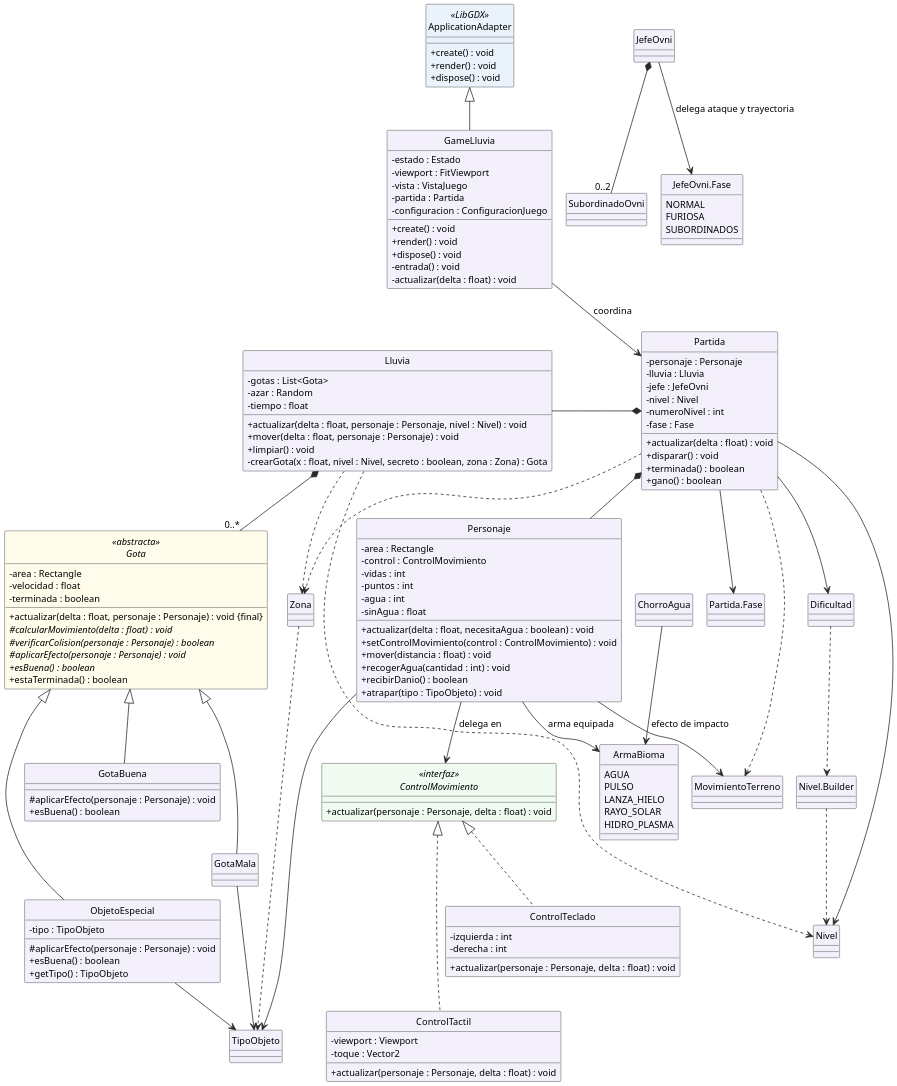
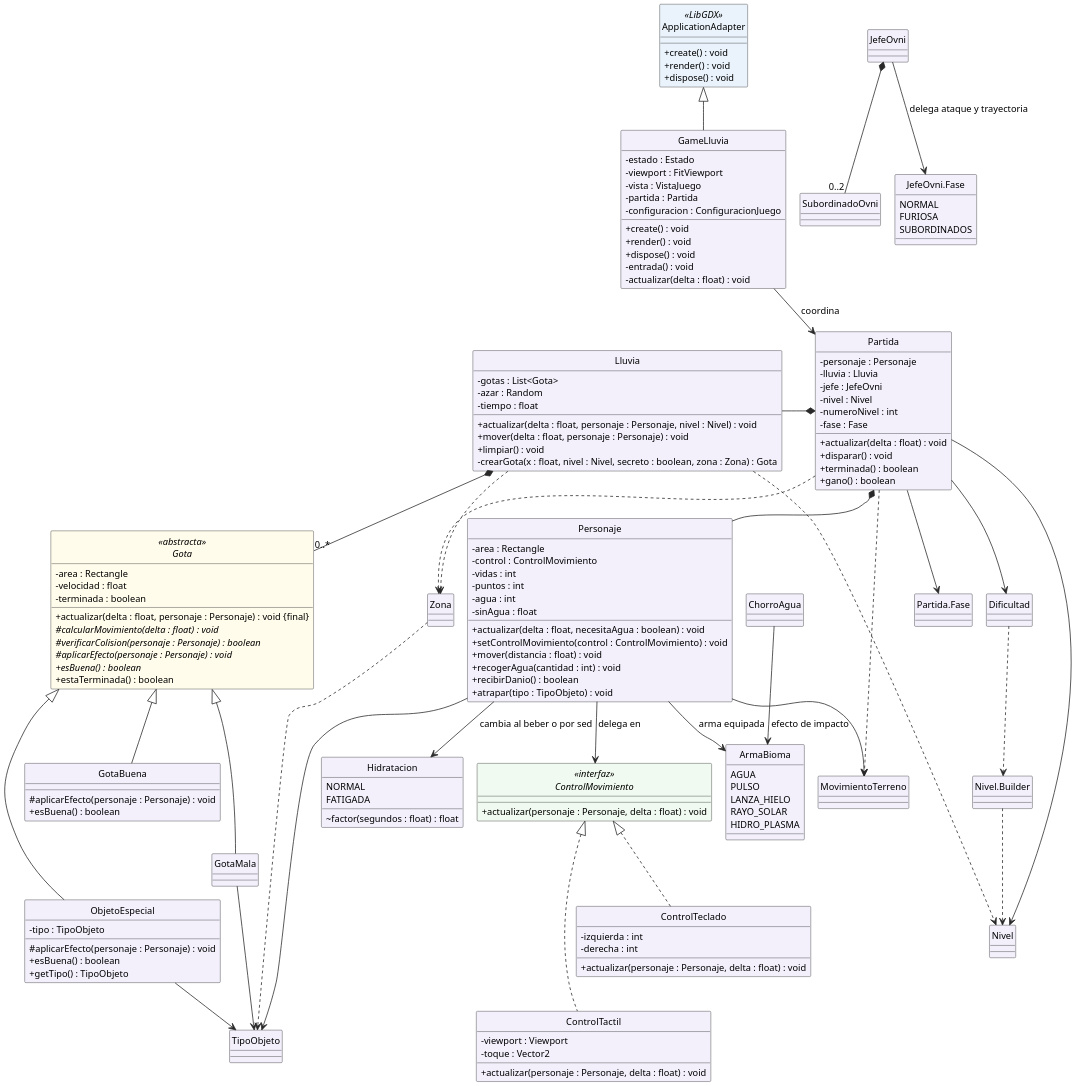
The diagram in docs/uml/01-dominio.puml (maverick1006/Proyecto-Game-LLuvia-), drawn with PlantUML before and after one commit. The commit also changed 37 other files, not shown here.

```diff
--- a/docs/uml/01-dominio.puml
+++ b/docs/uml/01-dominio.puml
@@ -1,160 +1,166 @@
 @startuml
 !pragma layout smetana
 skinparam backgroundColor white
 skinparam shadowing false
 skinparam classAttributeIconSize 0
 skinparam defaultFontName Courier New
 skinparam defaultFontSize 12
 skinparam dpi 180
 skinparam roundcorner 3
 skinparam ArrowColor #292929
 skinparam classBorderColor #292929
 skinparam classBackgroundColor #F3F0FC
 skinparam classBackgroundColor<<abstracta>> #FFFCEB
 skinparam classBackgroundColor<<interfaz>> #F0FAF0
 skinparam classBackgroundColor<<LibGDX>> #EAF3FB
 hide circle
 class GameLluvia {
  - estado : Estado
  - viewport : FitViewport
  - vista : VistaJuego
  - partida : Partida
  - configuracion : ConfiguracionJuego
  + create() : void
  + render() : void
  + dispose() : void
  - entrada() : void
  - actualizar(delta : float) : void
 }
 class Partida {
  - personaje : Personaje
  - lluvia : Lluvia
  - jefe : JefeOvni
  - nivel : Nivel
  - numeroNivel : int
  - fase : Fase
  + actualizar(delta : float) : void
  + disparar() : void
  + terminada() : boolean
  + gano() : boolean
 }
 class Personaje {
  - area : Rectangle
  - control : ControlMovimiento
  - vidas : int
  - puntos : int
  - agua : int
  - sinAgua : float
  + actualizar(delta : float, necesitaAgua : boolean) : void
  + setControlMovimiento(control : ControlMovimiento) : void
  + mover(distancia : float) : void
  + recogerAgua(cantidad : int) : void
  + recibirDanio() : boolean
  + atrapar(tipo : TipoObjeto) : void
 }
 class Lluvia {
  - gotas : List<Gota>
  - azar : Random
  - tiempo : float
  + actualizar(delta : float, personaje : Personaje, nivel : Nivel) : void
  + mover(delta : float, personaje : Personaje) : void
  + limpiar() : void
  - crearGota(x : float, nivel : Nivel, secreto : boolean, zona : Zona) : Gota
 }
 abstract class Gota <<abstracta>> {
  - area : Rectangle
  - velocidad : float
  - terminada : boolean
  + actualizar(delta : float, personaje : Personaje) : void {final}
  # {abstract} calcularMovimiento(delta : float) : void
  # {abstract} verificarColision(personaje : Personaje) : boolean
  # {abstract} aplicarEfecto(personaje : Personaje) : void
  + {abstract} esBuena() : boolean
  + estaTerminada() : boolean
 }
 class GotaBuena {
  # aplicarEfecto(personaje : Personaje) : void
  + esBuena() : boolean
 }
 class ObjetoEspecial {
  - tipo : TipoObjeto
  # aplicarEfecto(personaje : Personaje) : void
  + esBuena() : boolean
  + getTipo() : TipoObjeto
 }
 class GotaMala
 Gota <|-- GotaMala
 Gota <|-- GotaBuena
 Gota <|-- ObjetoEspecial
 interface ControlMovimiento <<interfaz>> {
  + actualizar(personaje : Personaje, delta : float) : void
 }
 class ControlTeclado {
  - izquierda : int
  - derecha : int
  + actualizar(personaje : Personaje, delta : float) : void
 }
 class ControlTactil {
  - viewport : Viewport
  - toque : Vector2
  + actualizar(personaje : Personaje, delta : float) : void
 }
 ControlMovimiento <|.. ControlTeclado
 ControlMovimiento <|.. ControlTactil
 class ApplicationAdapter <<LibGDX>> {
  + create() : void
  + render() : void
  + dispose() : void
 }
 ApplicationAdapter <|-- GameLluvia
 GameLluvia -right-> Partida : coordina
 Partida *-down- Personaje
 Partida *-left- Lluvia
 Lluvia *-down- "0..*" Gota
 Personaje -down-> ControlMovimiento : delega en
 
 
 GameLluvia -[hidden]down- Lluvia
 Lluvia -[hidden]right- Personaje
 GotaBuena -[hidden]down- ObjetoEspecial
 ControlTeclado -[hidden]down- ControlTactil
 enum Dificultad
 enum Zona
 enum TipoObjeto
 enum "Partida.Fase" as Fase
 class Nivel
 class "Nivel.Builder" as Builder
 Partida --> Fase
 Partida --> Dificultad
 Partida --> Nivel
 Partida ..> Zona
 Lluvia ..> Zona
 Zona ..> TipoObjeto
 Lluvia ..> Nivel
 ObjetoEspecial --> TipoObjeto
 GotaMala --> TipoObjeto
 Personaje --> TipoObjeto
 Dificultad ..> Builder
 Builder ..> Nivel
 
 enum ArmaBioma {
  AGUA
  PULSO
  LANZA_HIELO
  RAYO_SOLAR
  HIDRO_PLASMA
 }
 class SubordinadoOvni
 enum "JefeOvni.Fase" as FaseOvni {
  NORMAL
  FURIOSA
  SUBORDINADOS
 }
 JefeOvni --> FaseOvni : delega ataque y trayectoria
 JefeOvni *-- "0..2" SubordinadoOvni
 ChorroAgua --> ArmaBioma : efecto de impacto
 Personaje --> ArmaBioma : arma equipada
 enum MovimientoTerreno
 Personaje --> MovimientoTerreno
 Partida ..> MovimientoTerreno
+enum Hidratacion {
+ NORMAL
+ FATIGADA
+ ~ factor(segundos : float) : float
+}
+Personaje --> Hidratacion : cambia al beber o por sed
 @enduml
```
